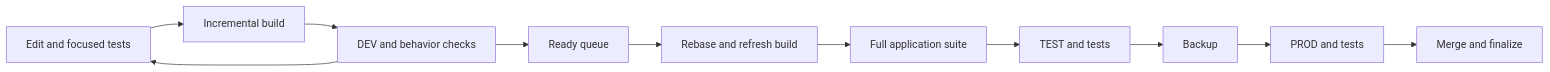
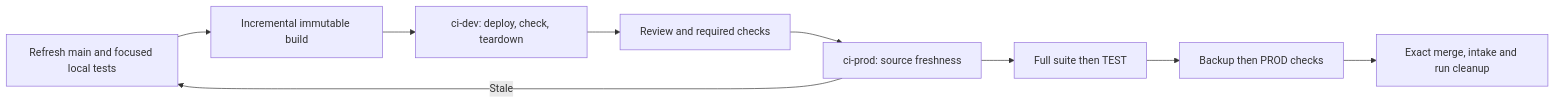
Before and after one commit to coletaylor788/puddles: the diagram in packages/e2e/README.md, drawn with Mermaid. The commit also changed other lines of this file and 6 other files, not shown here.

````diff
--- a/packages/e2e/README.md
+++ b/packages/e2e/README.md
@@ -8,13 +8,11 @@
 ```mermaid
 flowchart LR
-  A[Edit and focused tests] --> B[Incremental build]
-  B --> C[DEV and behavior checks]
-  C --> A
-  C --> D[Ready queue]
-  D --> E[Rebase and refresh build]
-  E --> F[Full application suite]
-  F --> G[TEST and tests]
-  G --> H[Backup]
-  H --> I[PROD and tests]
-  I --> J[Merge and finalize]
+  A[Refresh main and focused local tests] --> B[Incremental immutable build]
+  B --> C[ci-dev: deploy, check, teardown]
+  C --> D[Review and required checks]
+  D --> E[ci-prod: source freshness]
+  E -->|Stale| A
+  E --> F[Full suite then TEST]
+  F --> G[Backup then PROD checks]
+  G --> H[Exact merge, intake and run cleanup]
 ```
````
